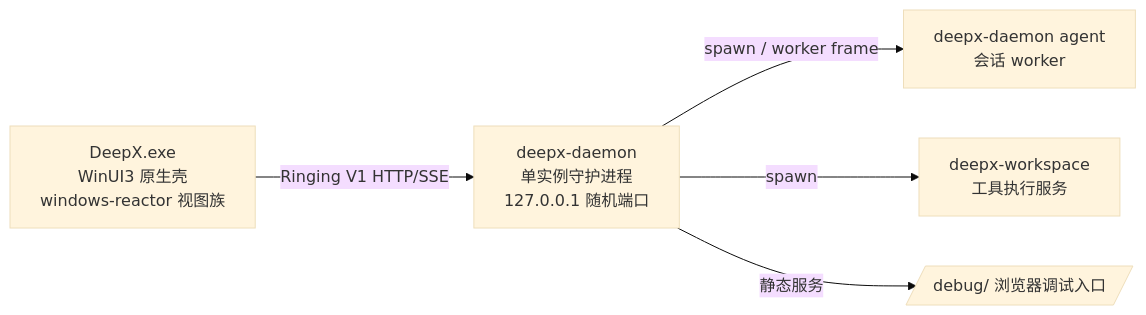
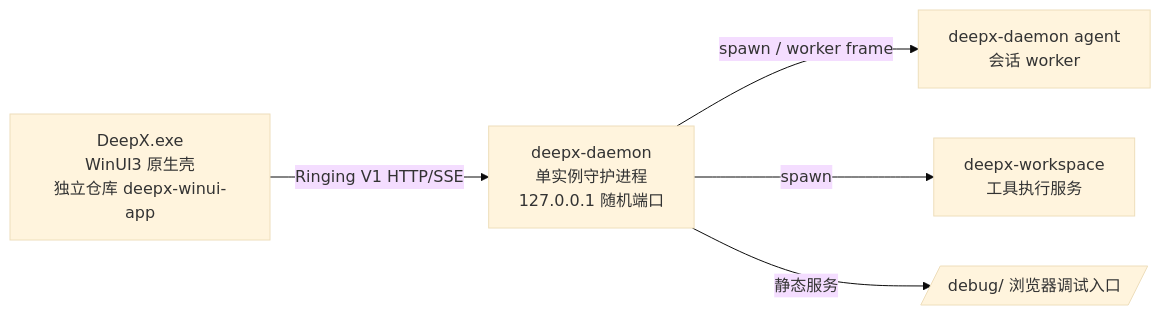
One commit to QAQTam/qaqh-backend changed the diagram in README.md. Above: the diagram before and after it, drawn with Mermaid (base theme). The commit also changed other lines of this file and 102 other files, not shown here.

Commit message:
chore: split Windows desktop layer into deepx-winui-app

````diff
--- a/README.md
+++ b/README.md
@@ -30,7 +30,7 @@
 ```mermaid
 graph LR
-    Shell[DeepX.exe<br/>WinUI3 原生壳<br/>windows-reactor 视图族] -->|Ringing V1 HTTP/SSE| Daemon[deepx-daemon<br/>单实例守护进程<br/>127.0.0.1 随机端口]
+    Shell[DeepX.exe<br/>WinUI3 原生壳<br/>独立仓库 deepx-winui-app] -->|Ringing V1 HTTP/SSE| Daemon[deepx-daemon<br/>单实例守护进程<br/>127.0.0.1 随机端口]
     Daemon -->|spawn / worker frame| Worker[deepx-daemon agent<br/>会话 worker]
     Daemon -->|spawn| WS[deepx-workspace<br/>工具执行服务]
     Daemon -->|静态服务| Debug[/debug/ 浏览器调试入口/]
 ```
````
